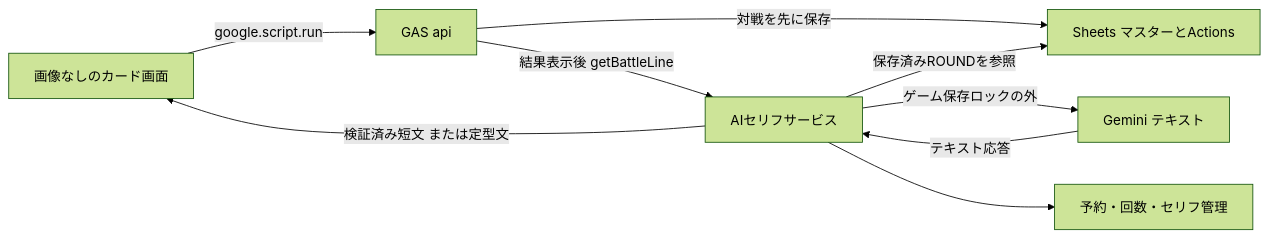
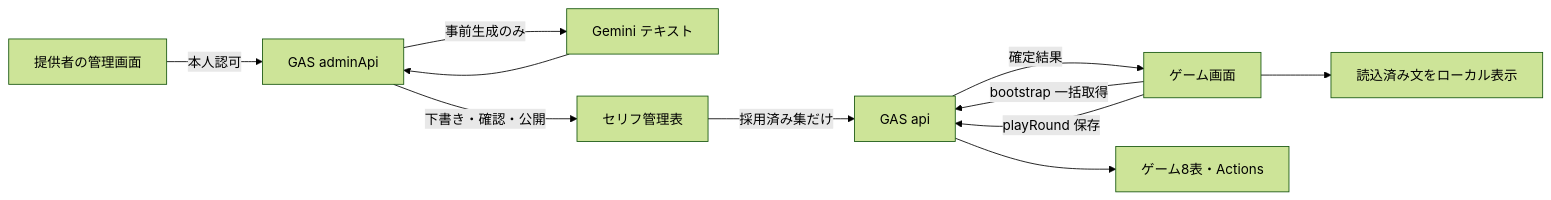
The diagram in docs/02_architecture.md (kurosawa-kuro/skill-janken), drawn with Mermaid (forest theme) before and after one commit. The commit also changed other lines of this file and 21 other files, not shown here.

````diff
--- a/docs/02_architecture.md
+++ b/docs/02_architecture.md
@@ -21,11 +21,13 @@
 ```mermaid
 flowchart LR
-    B[画像なしのカード画面] -->|google.script.run| G[GAS api]
-    G -->|対戦を先に保存| S[Sheets マスターとActions]
-    G -->|結果表示後 getBattleLine| T[AIセリフサービス]
-    T -->|保存済みROUNDを参照| S
-    T -->|ゲーム保存ロックの外| M[Gemini テキスト]
-    T --> P[予約・回数・セリフ管理]
-    M -->|テキスト応答| T
-    T -->|検証済み短文 または定型文| B
+    A[提供者の管理画面] -->|本人認可| M[GAS adminApi]
+    M -->|事前生成のみ| AI[Gemini テキスト]
+    AI --> M
+    M -->|下書き・確認・公開| D[セリフ管理表]
+    B[ゲーム画面] -->|bootstrap 一括取得| G[GAS api]
+    G --> S[ゲーム8表・Actions]
+    D -->|採用済み集だけ| G
+    B -->|playRound 保存| G
+    G -->|確定結果| B
+    B --> L[読込済み文をローカル表示]
 ```
````
